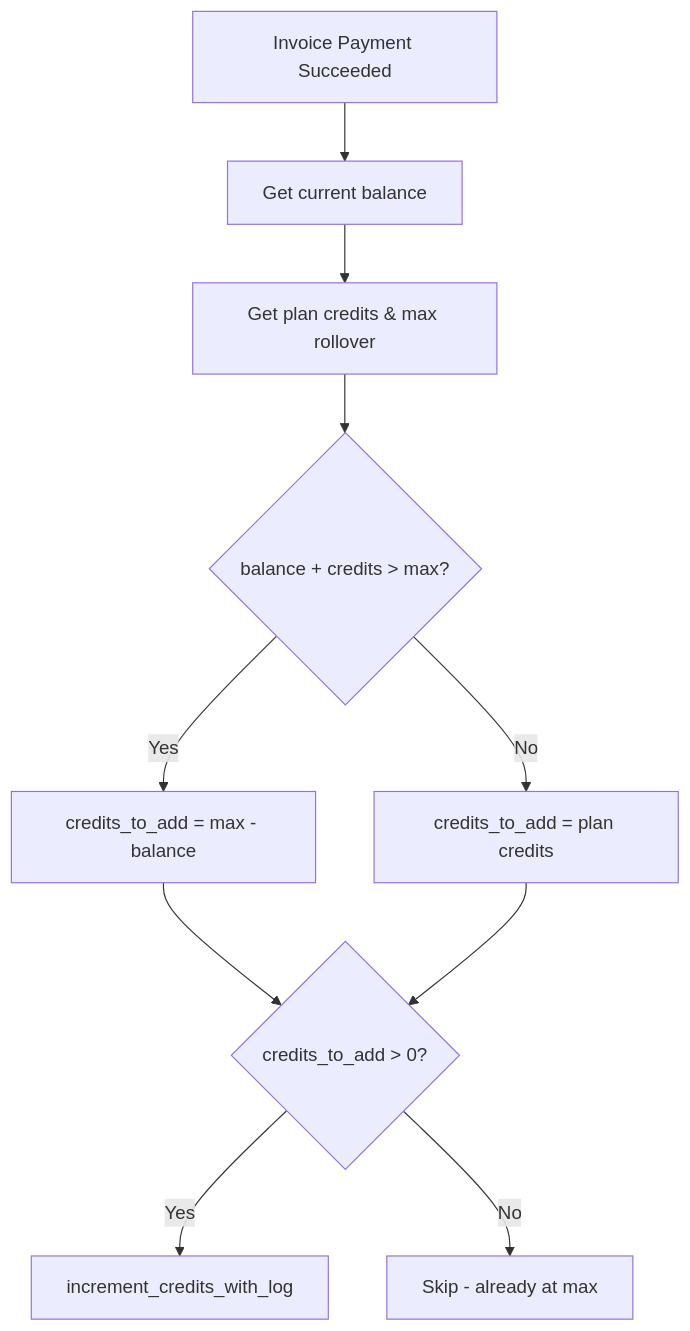
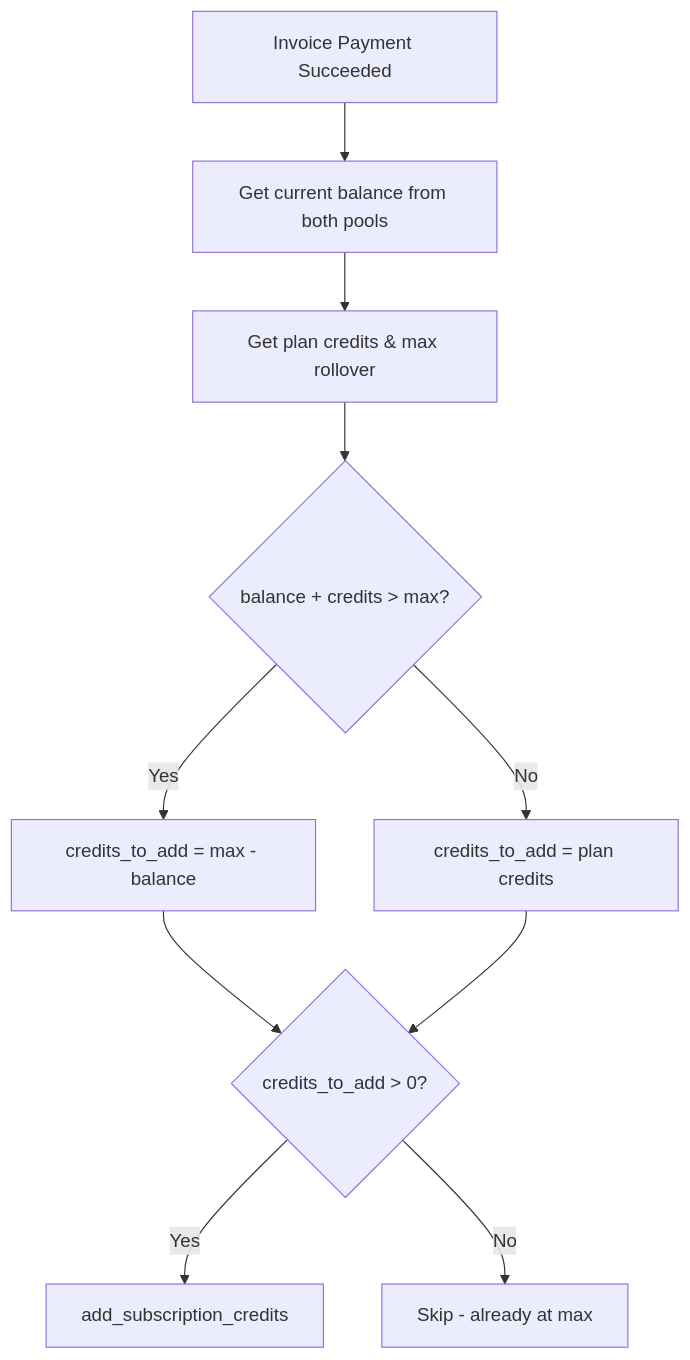
Before and after one commit to ColdstartLabs-ca/astro-saas-boilerplate: the sixth of 7 diagrams in docs/technical/systems/subscription-system.md, drawn with Mermaid. The commit also changed other lines of this file and 8 other files, not shown here.

````diff
--- a/docs/technical/systems/subscription-system.md
+++ b/docs/technical/systems/subscription-system.md
@@ -512,12 +521,12 @@
 ```mermaid
 graph TD
-    A[Invoice Payment Succeeded] --> B[Get current balance]
+    A[Invoice Payment Succeeded] --> B[Get current balance from both pools]
     B --> C[Get plan credits & max rollover]
     C --> D{balance + credits > max?}
     D -->|Yes| E[credits_to_add = max - balance]
     D -->|No| F[credits_to_add = plan credits]
     E --> G{credits_to_add > 0?}
     F --> G
-    G -->|Yes| H[increment_credits_with_log]
+    G -->|Yes| H[add_subscription_credits]
     G -->|No| I[Skip - already at max]
 ```
````
